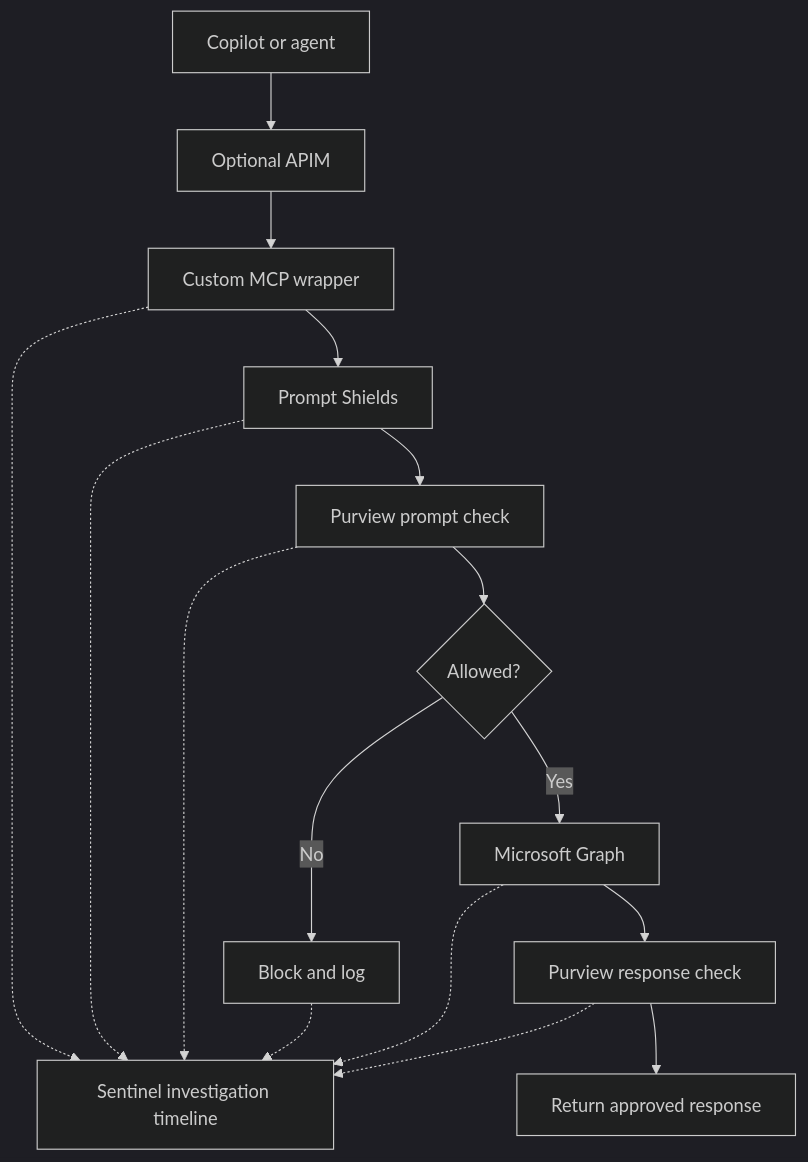
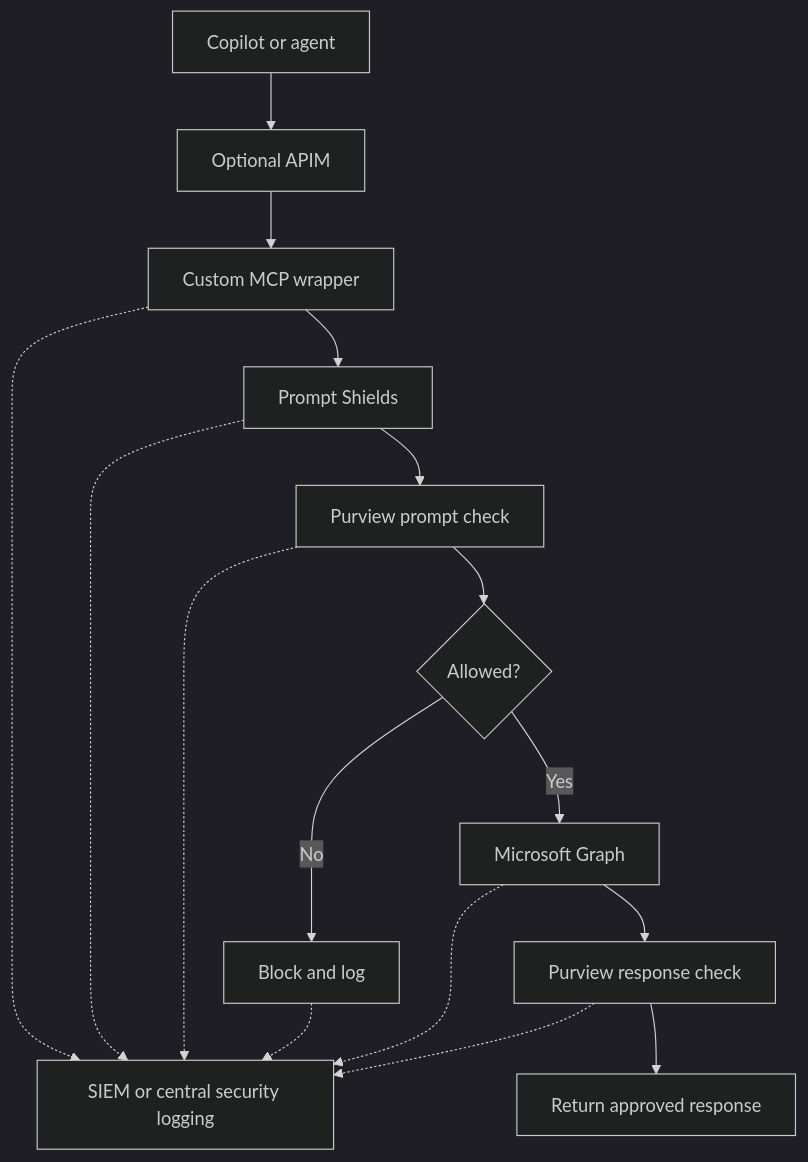
Before and after one commit to ktigges/ms-custom-mcp-example: the diagram in README.md, drawn with Mermaid (dark theme).

Commit message:
Use generic SIEM wording

````diff
--- a/README.md
+++ b/README.md
@@ -23,25 +23,25 @@
 ```mermaid
 flowchart TB
     A[Copilot or agent]
     B[Optional APIM]
     C[Custom MCP wrapper]
     D[Prompt Shields]
     E[Purview prompt check]
     F{Allowed?}
     G[Block and log]
     H[Microsoft Graph]
     I[Purview response check]
     J[Return approved response]
-    K[Sentinel investigation timeline]
+    K[SIEM or central security logging]
 
     A --> B --> C --> D --> E --> F
     F -->|No| G
     F -->|Yes| H --> I --> J
 
     C -.-> K
     D -.-> K
     E -.-> K
     G -.-> K
     H -.-> K
     I -.-> K
 ```
````
